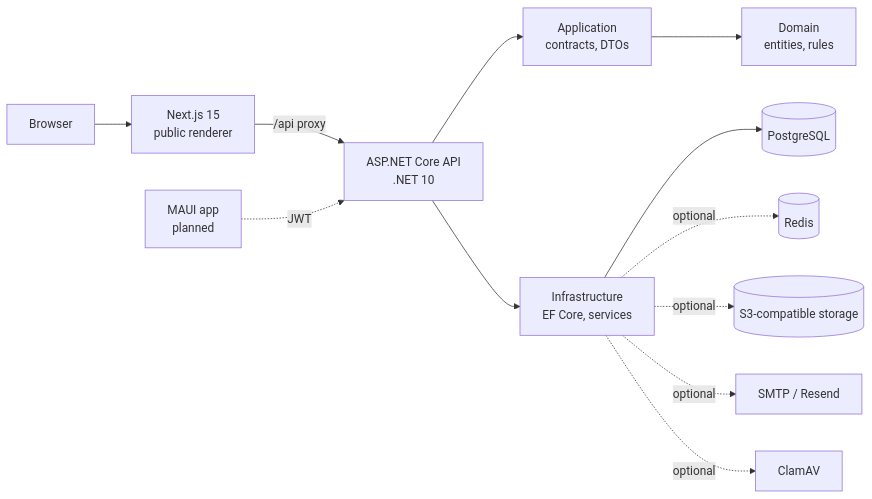
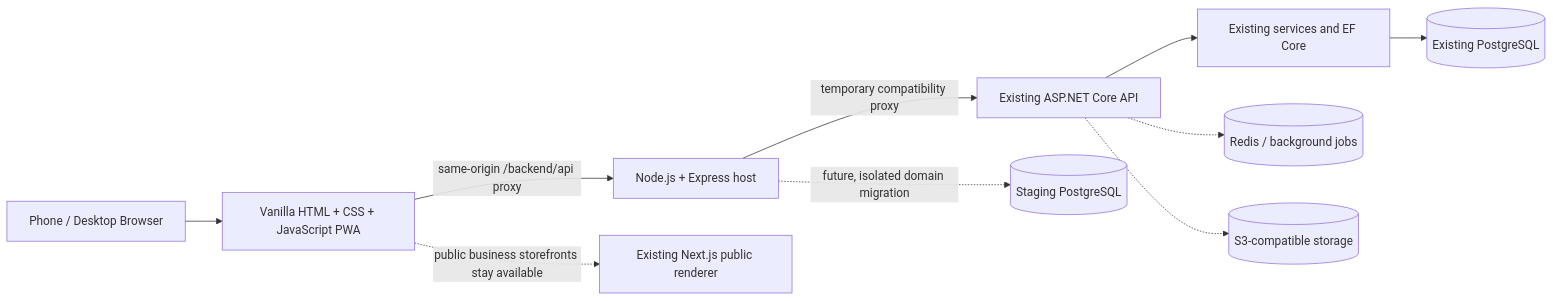
One commit to rexxwurld/Avzar changed the diagram in README.md. Above: the diagram before and after it, drawn with Mermaid. The commit also changed other lines of this file and 46 other files, not shown here.

````diff
--- a/README.md
+++ b/README.md
@@ -46,14 +48,12 @@
 ```mermaid
 flowchart LR
-  Browser[Browser] --> Web[Next.js 15<br/>public renderer]
-  Web -->|/api proxy| Api[ASP.NET Core API<br/>.NET 10]
-  Mobile[MAUI app<br/>planned] -.->|JWT| Api
-  Api --> App[Application<br/>contracts, DTOs]
-  App --> Dom[Domain<br/>entities, rules]
-  Api --> Infra[Infrastructure<br/>EF Core, services]
-  Infra --> PG[(PostgreSQL)]
-  Infra -.->|optional| Redis[(Redis)]
-  Infra -.->|optional| S3[(S3-compatible storage)]
-  Infra -.->|optional| Mail[SMTP / Resend]
-  Infra -.->|optional| AV[ClamAV]
+  Phone[Phone / Desktop Browser] --> PWA[Vanilla HTML + CSS + JavaScript PWA]
+  PWA -->|same-origin /backend/api proxy| Node[Node.js + Express host]
+  Node -->|temporary compatibility proxy| Api[Existing ASP.NET Core API]
+  Api --> Infra[Existing services and EF Core]
+  Infra --> PG[(Existing PostgreSQL)]
+  PWA -.->|public business storefronts stay available| Web[Existing Next.js public renderer]
+  Node -.->|future, isolated domain migration| PGStage[(Staging PostgreSQL)]
+  Api -.-> Redis[(Redis / background jobs)]
+  Api -.-> Store[(S3-compatible storage)]
 ```
````
